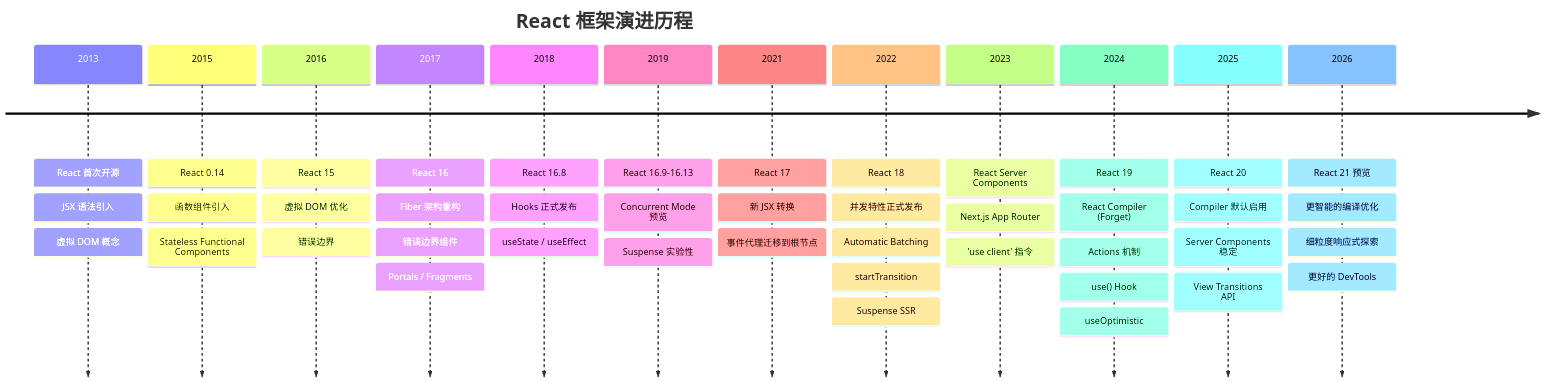
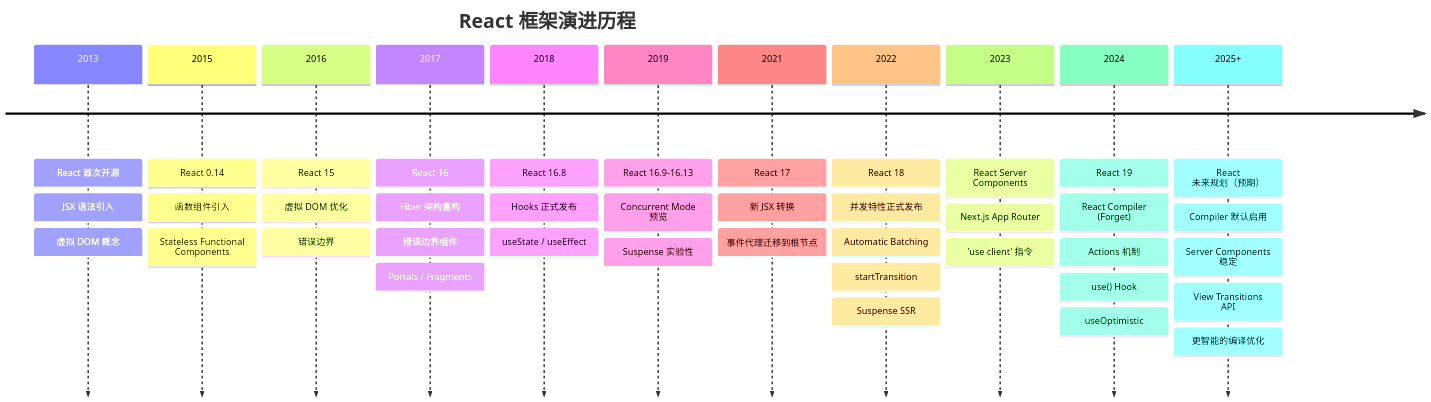
Before and after one commit to KMaybe01/common: the second of 28 diagrams in S2-框架深入/02-React19.md, drawn with Mermaid. The commit also changed other lines of this file, not shown here.

````diff
--- a/S2-框架深入/02-React19.md
+++ b/S2-框架深入/02-React19.md
@@ -225,47 +237,44 @@
 ```mermaid
 timeline
     title React 框架演进历程
     2013 : React 首次开源
          : JSX 语法引入
          : 虚拟 DOM 概念
     2015 : React 0.14
          : 函数组件引入
          : Stateless Functional Components
     2016 : React 15
          : 虚拟 DOM 优化
          : 错误边界
     2017 : React 16
          : Fiber 架构重构
          : 错误边界组件
          : Portals / Fragments
     2018 : React 16.8
          : Hooks 正式发布
          : useState / useEffect
     2019 : React 16.9-16.13
          : Concurrent Mode 预览
          : Suspense 实验性
     2021 : React 17
          : 新 JSX 转换
          : 事件代理迁移到根节点
     2022 : React 18
          : 并发特性正式发布
          : Automatic Batching
          : startTransition
          : Suspense SSR
     2023 : React Server Components
          : Next.js App Router
          : 'use client' 指令
     2024 : React 19
          : React Compiler (Forget)
          : Actions 机制
          : use() Hook
          : useOptimistic
-    2025 : React 20
-         : Compiler 默认启用
-         : Server Components 稳定
-         : View Transitions API
-    2026 : React 21 预览
-         : 更智能的编译优化
-         : 细粒度响应式探索
-         : 更好的 DevTools
+    2025+ : React 未来规划（预期）
+          : Compiler 默认启用
+          : Server Components 稳定
+          : View Transitions API
+          : 更智能的编译优化
 ```
````
